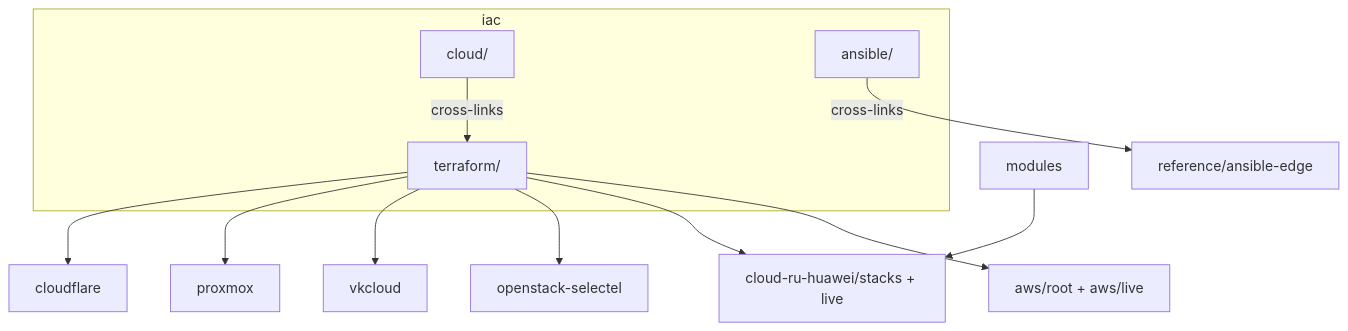
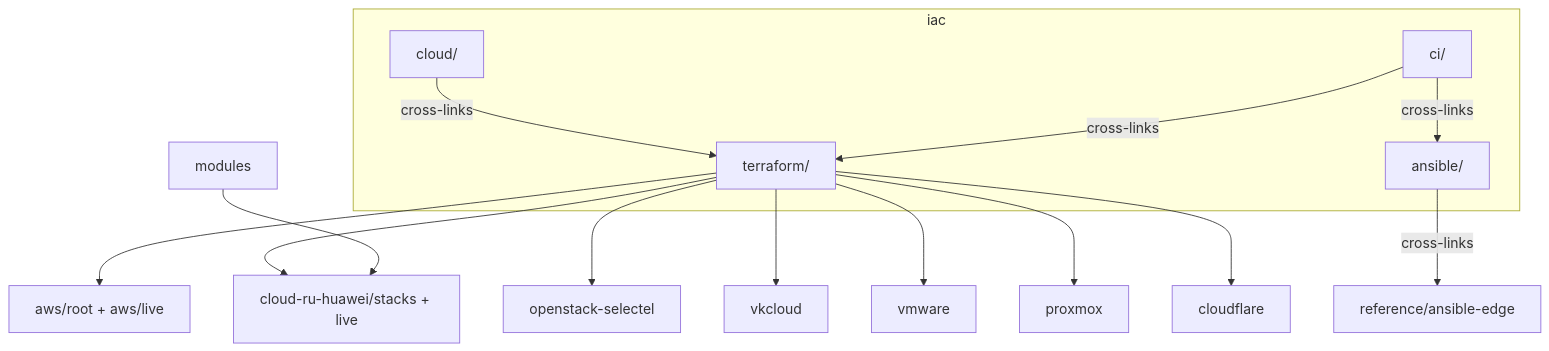
One commit to NarberallGamma/narberall-platform-engineer-lab changed the diagram in iac/README.md. Above: the diagram before and after it, drawn with Mermaid. The commit also changed other lines of this file and 53 other files, not shown here.

````diff
--- a/iac/README.md
+++ b/iac/README.md
@@ -22,17 +24,21 @@
 ```mermaid
 flowchart TB
   subgraph iac [iac]
     Cloud[cloud/]
     TF[terraform/]
     ANS[ansible/]
+    CI[ci/]
   end
   Cloud -->|cross-links| TF
   ANS -->|cross-links| RefAns[reference/ansible-edge]
+  CI -->|cross-links| TF
+  CI -->|cross-links| ANS
   TF --> AWS[aws/root + aws/live]
   TF --> CR[cloud-ru-huawei/stacks + live]
   TF --> OS[openstack-selectel]
   TF --> VK[vkcloud]
+  TF --> VMw[vmware]
   TF --> PX[proxmox]
   TF --> CF[cloudflare]
   Mods[modules] --> CR
 ```
````
